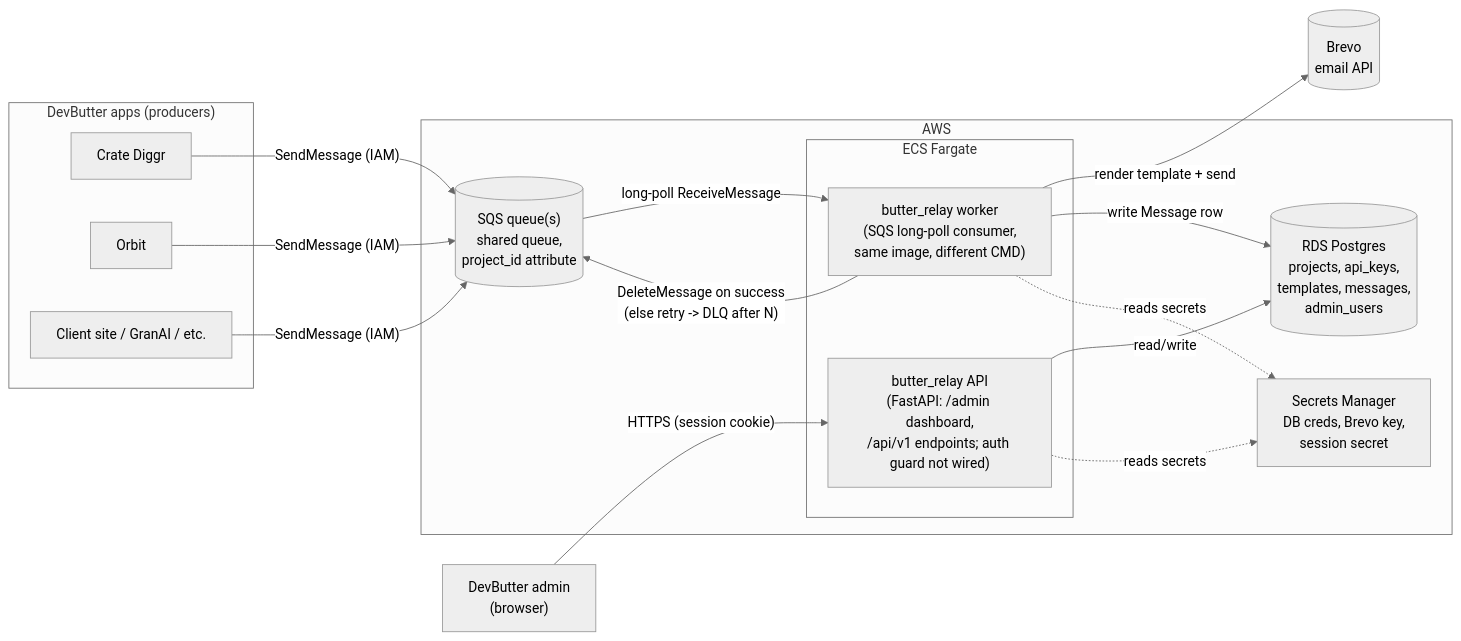
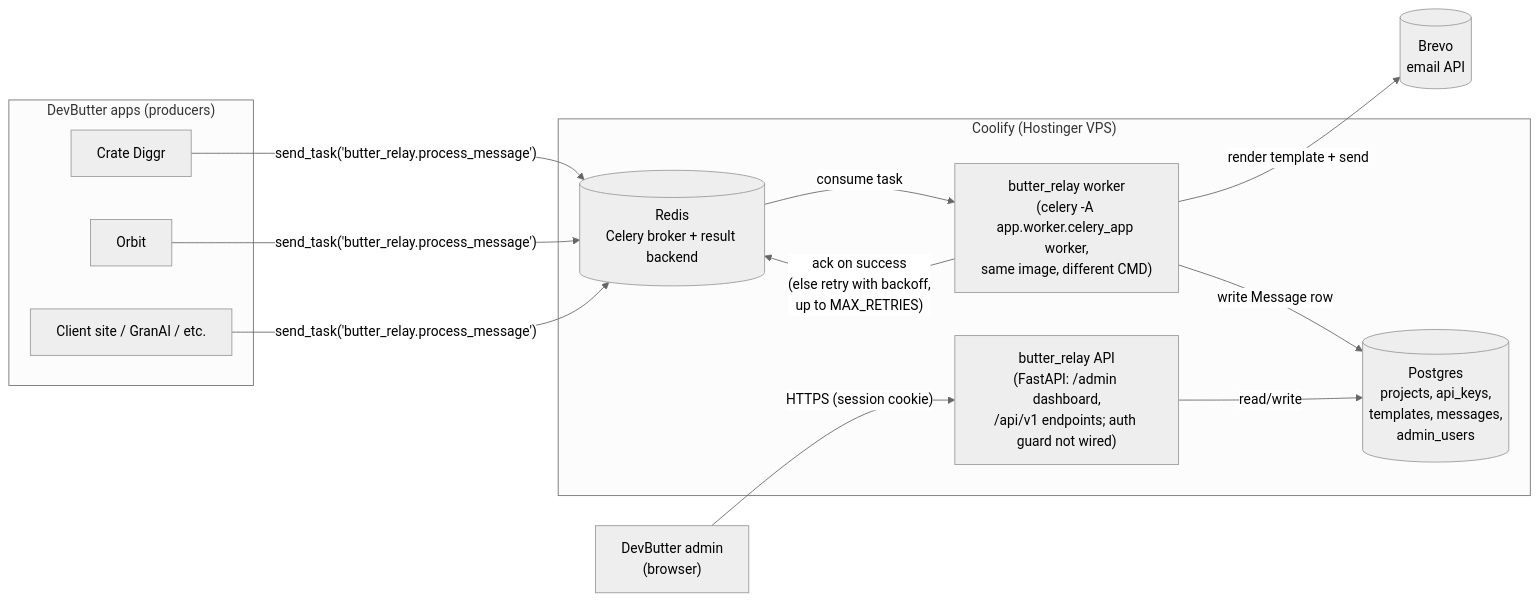
The first of 3 diagrams in README.md (acidevbutter/butter_relay), drawn with Mermaid (neutral theme) before and after one commit. The commit also changed other lines of this file and 18 other files, not shown here.

First line of the commit message:
Replace ElasticMQ/SQS with Celery + Redis broker

````diff
--- a/README.md
+++ b/README.md
@@ -18,33 +18,28 @@
 ```mermaid
 flowchart LR
     subgraph Producers["DevButter apps (producers)"]
         A1[Crate Diggr]
         A2[Orbit]
         A3[Client site / GranAI / etc.]
     end
 
-    subgraph AWS["AWS"]
-        SQS[("SQS queue(s)\nshared queue,\nproject_id attribute")]
-        subgraph ECS["ECS Fargate"]
-            API["butter_relay API\n(FastAPI: /admin dashboard,\n/api/v1 endpoints; auth guard not wired)"]
-            Worker["butter_relay worker\n(SQS long-poll consumer,\nsame image, different CMD)"]
-        end
-        RDS[("RDS Postgres\nprojects, api_keys,\ntemplates, messages,\nadmin_users")]
-        SM["Secrets Manager\nDB creds, Brevo key,\nsession secret"]
+    subgraph Coolify["Coolify (Hostinger VPS)"]
+        Redis[("Redis\nCelery broker + result backend")]
+        API["butter_relay API\n(FastAPI: /admin dashboard,\n/api/v1 endpoints; auth guard not wired)"]
+        Worker["butter_relay worker\n(celery -A app.worker.celery_app worker,\nsame image, different CMD)"]
+        PG[("Postgres\nprojects, api_keys,\ntemplates, messages,\nadmin_users")]
     end
 
     Brevo[("Brevo\nemail API")]
     Admin["DevButter admin\n(browser)"]
 
-    A1 -- "SendMessage (IAM)" --> SQS
-    A2 -- "SendMessage (IAM)" --> SQS
-    A3 -- "SendMessage (IAM)" --> SQS
-    SQS -- "long-poll ReceiveMessage" --> Worker
+    A1 -- "send_task('butter_relay.process_message')" --> Redis
+    A2 -- "send_task('butter_relay.process_message')" --> Redis
+    A3 -- "send_task('butter_relay.process_message')" --> Redis
+    Redis -- "consume task" --> Worker
     Worker -- "render template + send" --> Brevo
-    Worker -- "write Message row" --> RDS
-    Worker -- "DeleteMessage on success\n(else retry -> DLQ after N)" --> SQS
+    Worker -- "write Message row" --> PG
+    Worker -- "ack on success\n(else retry with backoff,\nup to MAX_RETRIES)" --> Redis
     Admin -- "HTTPS (session cookie)" --> API
-    API -- "read/write" --> RDS
-    API -. reads secrets .-> SM
-    Worker -. reads secrets .-> SM
+    API -- "read/write" --> PG
 ```
````
